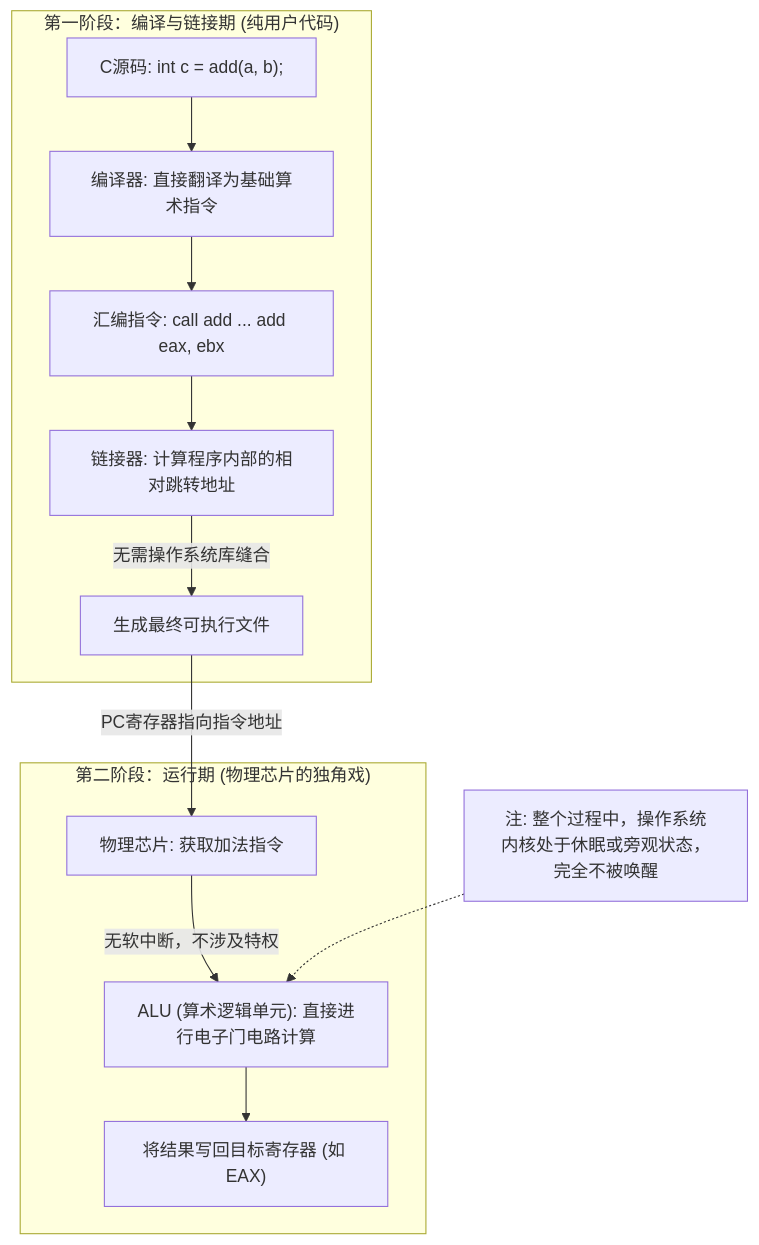
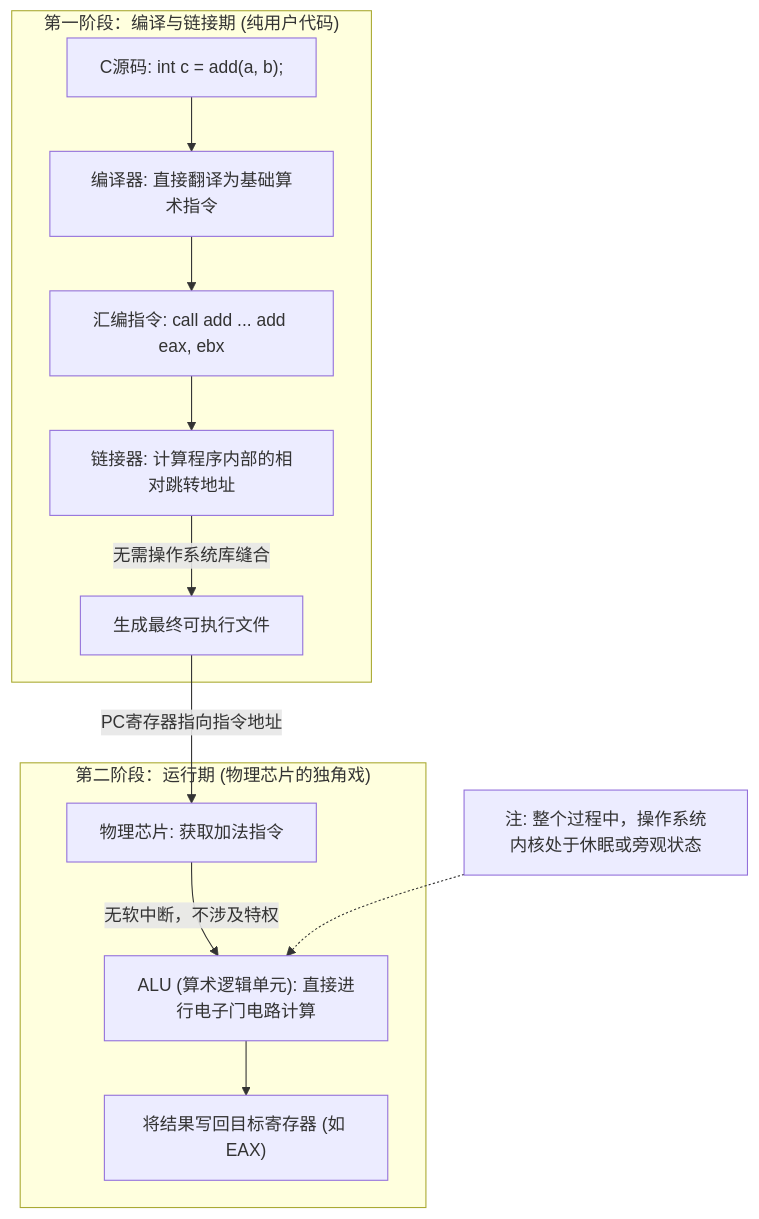
The third of 6 diagrams in docs/01-计算机基础/操作系统/指令集、芯片与操作系统的底层协同.md (Lysssyo/Lysssyo.github.io), drawn with Mermaid before and after one commit. The commit also changed other lines of this file and 1 other file, not shown here.

````diff
--- a/docs/01-计算机基础/操作系统/指令集、芯片与操作系统的底层协同.md
+++ b/docs/01-计算机基础/操作系统/指令集、芯片与操作系统的底层协同.md
@@ -116,18 +110,17 @@
 ```mermaid
 graph TD
     subgraph "第一阶段：编译与链接期 (纯用户代码)"
         SourceCode["C源码: int c = add(a, b);"] --> Compiler["编译器: 直接翻译为基础算术指令"]
         Compiler --> ASMCall["汇编指令: call add ... add eax, ebx"]
         ASMCall --> Linker["链接器: 计算程序内部的相对跳转地址"]
         Linker -->|"无需操作系统库缝合"| Executable["生成最终可执行文件"]
     end
 
     subgraph "第二阶段：运行期 (物理芯片的独角戏)"
         Executable -->|"PC寄存器指向指令地址"| CPUFetch["物理芯片: 获取加法指令"]
         CPUFetch -->|"无软中断，不涉及特权"| ALUExec["ALU (算术逻辑单元): 直接进行电子门电路计算"]
         ALUExec --> ReturnValue["将结果写回目标寄存器 (如 EAX)"]
     end
     
-    %% 旁注说明
-    OSNote["注: 整个过程中，操作系统内核处于休眠或旁观状态，完全不被唤醒"] -.-> ALUExec
+    OSNote["注: 整个过程中，操作系统内核处于休眠或旁观状态"] -.-> ALUExec
 ```
````
